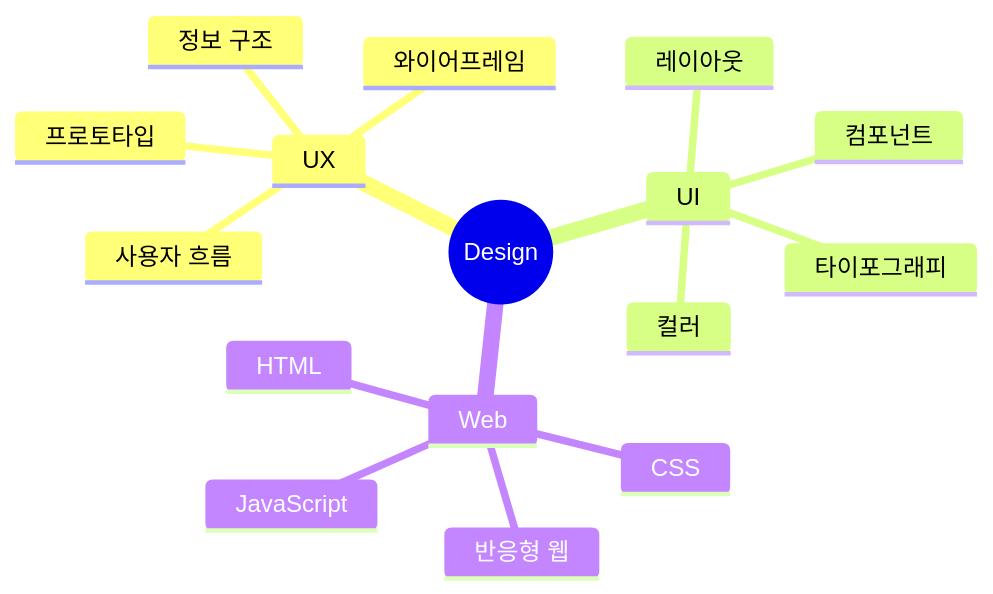
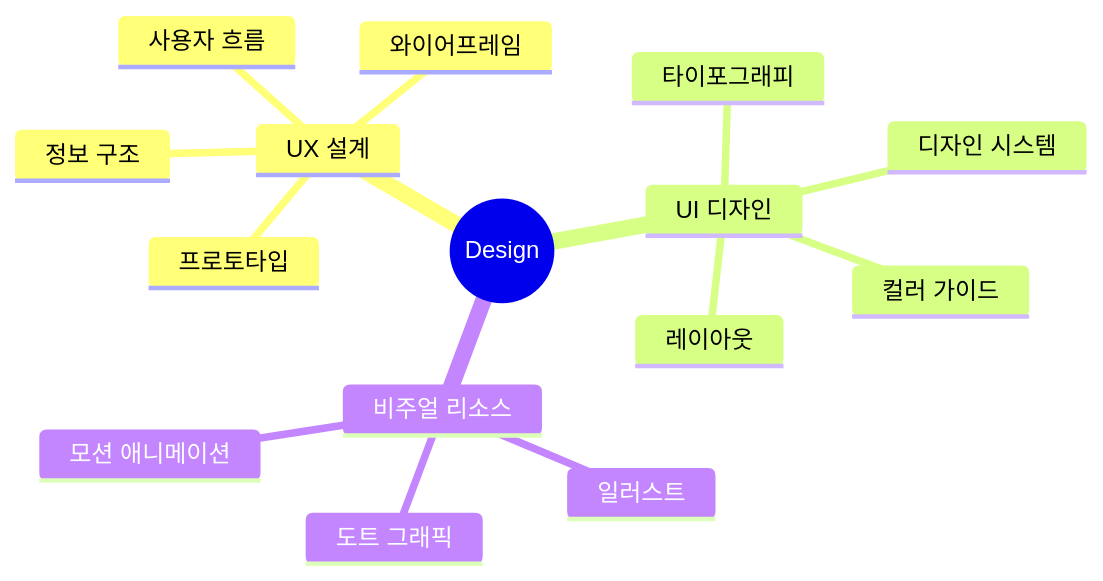
One commit to sormadbwls-ux/sormadbwls-ux changed the second of 2 diagrams in README.md. Above: the diagram before and after it, drawn with Mermaid. The commit also changed other lines of this file, not shown here.

````diff
--- a/README.md
+++ b/README.md
@@ -81,19 +66,18 @@
 ```mermaid
 mindmap
   root((Design))
-    UX
+    UX 설계
       사용자 흐름
       정보 구조
       와이어프레임
       프로토타입
-    UI
+    UI 디자인
       레이아웃
-      컬러
+      컬러 가이드
       타이포그래피
-      컴포넌트
-    Web
-      HTML
-      CSS
-      JavaScript
-      반응형 웹
+      디자인 시스템
+    비주얼 리소스
+      일러스트
+      도트 그래픽
+      모션 애니메이션
 ```
````
